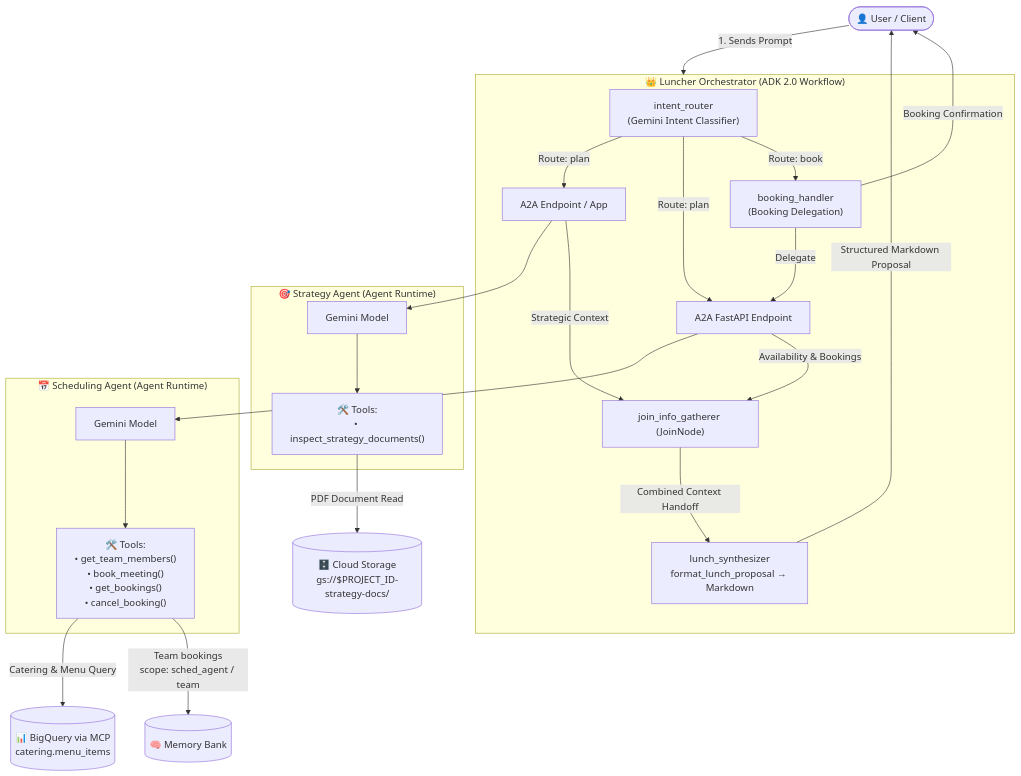
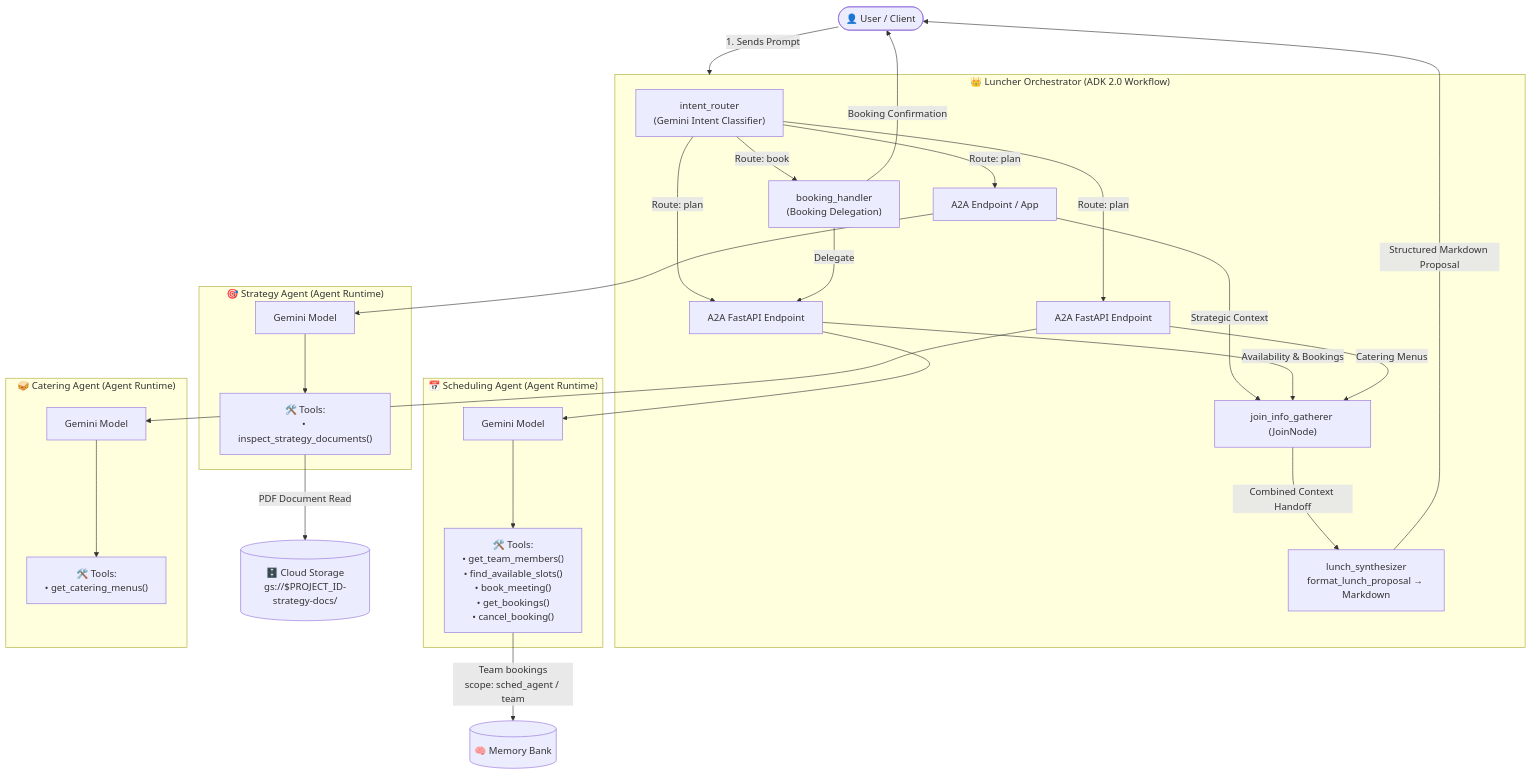
Before and after one commit to davidstanke/automat: the diagram in README.md, drawn with Mermaid. The commit also changed other lines of this file and 36 other files, not shown here.

Commit message:
feat(cater-agent-1788810577): implement cater-agent-1788810577

````diff
--- a/README.md
+++ b/README.md
@@ -40,47 +40,55 @@
 ```mermaid
 graph TD
     User(["👤 User / Client"]) -->|1. Sends Prompt| LuncherWorkflow
 
     subgraph LuncherWorkflow ["👑 Luncher Orchestrator (ADK 2.0 Workflow)"]
         Router["intent_router<br/>(Gemini Intent Classifier)"]
         JoinGatherer["join_info_gatherer (JoinNode)"]
         Synthesizer["lunch_synthesizer<br/>format_lunch_proposal → Markdown"]
         BookingHandler["booking_handler<br/>(Booking Delegation)"]
 
         Router -->|Route: plan| StratA2A
         Router -->|Route: plan| SchedA2A
+        Router -->|Route: plan| CaterA2A
         Router -->|Route: book| BookingHandler
         BookingHandler -->|Delegate| SchedA2A
     end
 
     subgraph StrategyAgent ["🎯 Strategy Agent (Agent Runtime)"]
         StratA2A["A2A Endpoint / App"]
         StratLLM["Gemini Model"]
         StratTools["🛠️ Tools:<br/>• inspect_strategy_documents()"]
         StratA2A --> StratLLM
         StratLLM --> StratTools
     end
 
     subgraph SchedAgent ["📅 Scheduling Agent (Agent Runtime)"]
         SchedA2A["A2A FastAPI Endpoint"]
         SchedLLM["Gemini Model"]
-        SchedTools["🛠️ Tools:<br/>• get_team_members()<br/>• book_meeting()<br/>• get_bookings()<br/>• cancel_booking()"]
+        SchedTools["🛠️ Tools:<br/>• get_team_members()<br/>• find_available_slots()<br/>• book_meeting()<br/>• get_bookings()<br/>• cancel_booking()"]
         SchedA2A --> SchedLLM
         SchedLLM --> SchedTools
     end
 
+    subgraph CaterAgent ["🥪 Catering Agent (Agent Runtime)"]
+        CaterA2A["A2A FastAPI Endpoint"]
+        CaterLLM["Gemini Model"]
+        CaterTools["🛠️ Tools:<br/>• get_catering_menus()"]
+        CaterA2A --> CaterLLM
+        CaterLLM --> CaterTools
+    end
+
     GCS[("🗄️ Cloud Storage<br/>gs://$PROJECT_ID-strategy-docs/")]
-    BQ[("📊 BigQuery via MCP<br/>catering.menu_items")]
     MemBank[("🧠 Memory Bank")]
 
     StratTools -->|PDF Document Read| GCS
-    SchedTools -->|Catering & Menu Query| BQ
     SchedTools -->|Team bookings<br/>scope: sched_agent / team| MemBank
 
     StratA2A -->|Strategic Context| JoinGatherer
     SchedA2A -->|Availability & Bookings| JoinGatherer
+    CaterA2A -->|Catering Menus| JoinGatherer
 
     JoinGatherer -->|Combined Context Handoff| Synthesizer
     Synthesizer -->|Structured Markdown Proposal| User
     BookingHandler -->|Booking Confirmation| User
 ```
````
